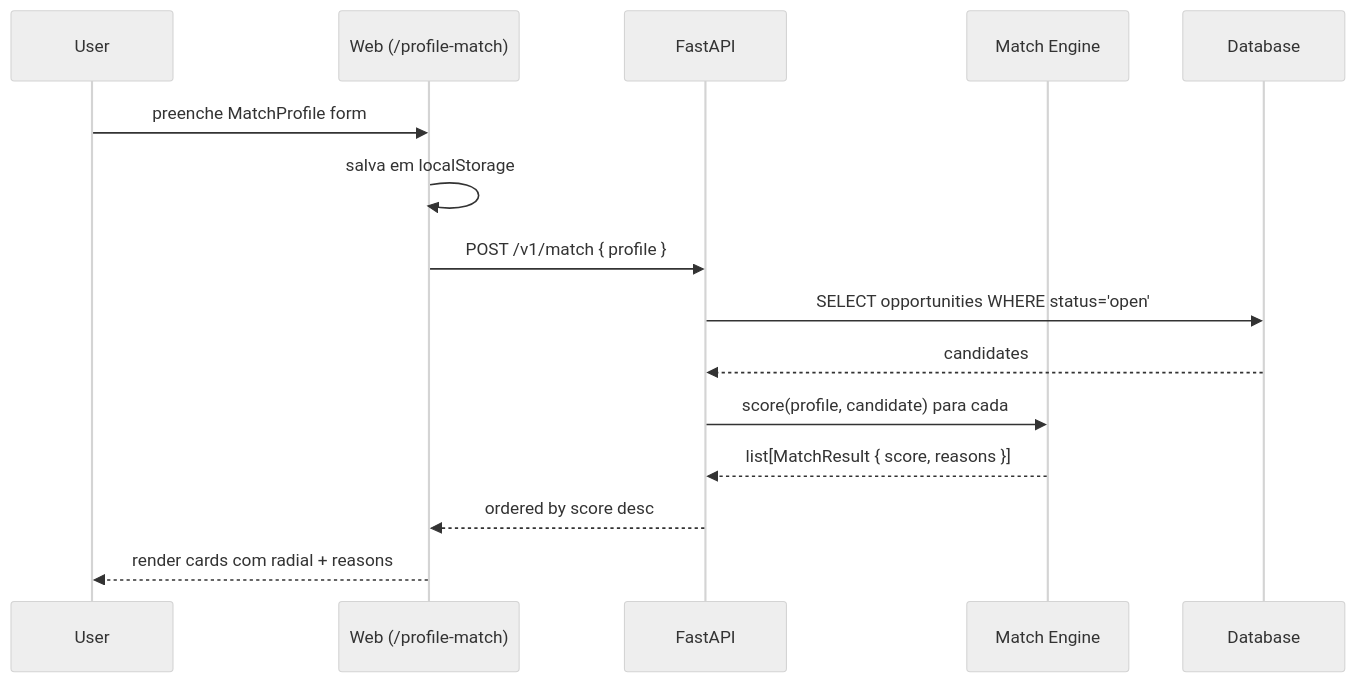
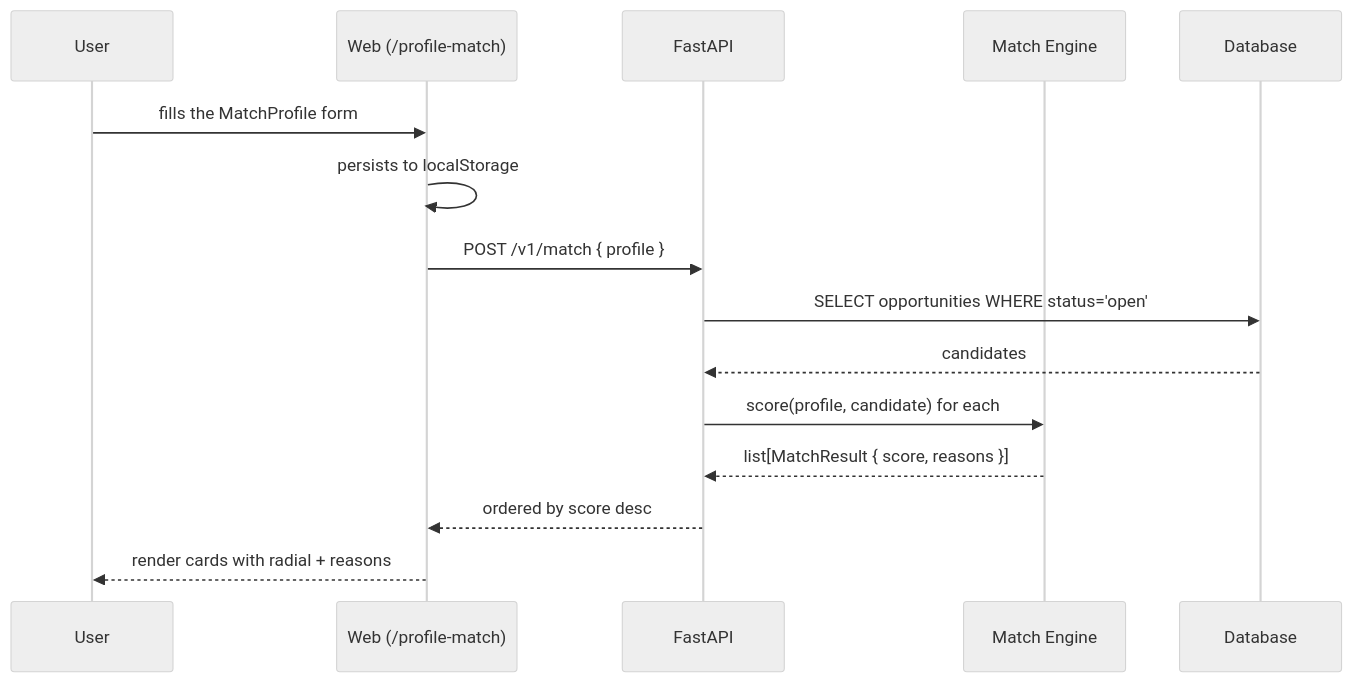
One commit to merlinfachetti/civic-radar changed the fourth of 9 diagrams in docs/ARCHITECTURE.md. Above: the diagram before and after it, drawn with Mermaid (neutral theme). The commit also changed other lines of this file and 17 other files, not shown here.

````diff
--- a/docs/ARCHITECTURE.md
+++ b/docs/ARCHITECTURE.md
@@ -129,18 +129,18 @@
 ```mermaid
 sequenceDiagram
     participant U as User
     participant W as Web (/profile-match)
     participant API as FastAPI
     participant M as Match Engine
     participant DB as Database
 
-    U->>W: preenche MatchProfile form
-    W->>W: salva em localStorage
+    U->>W: fills the MatchProfile form
+    W->>W: persists to localStorage
     W->>API: POST /v1/match { profile }
     API->>DB: SELECT opportunities WHERE status='open'
     DB-->>API: candidates
-    API->>M: score(profile, candidate) para cada
+    API->>M: score(profile, candidate) for each
     M-->>API: list[MatchResult { score, reasons }]
     API-->>W: ordered by score desc
-    W-->>U: render cards com radial + reasons
+    W-->>U: render cards with radial + reasons
 ```
````
